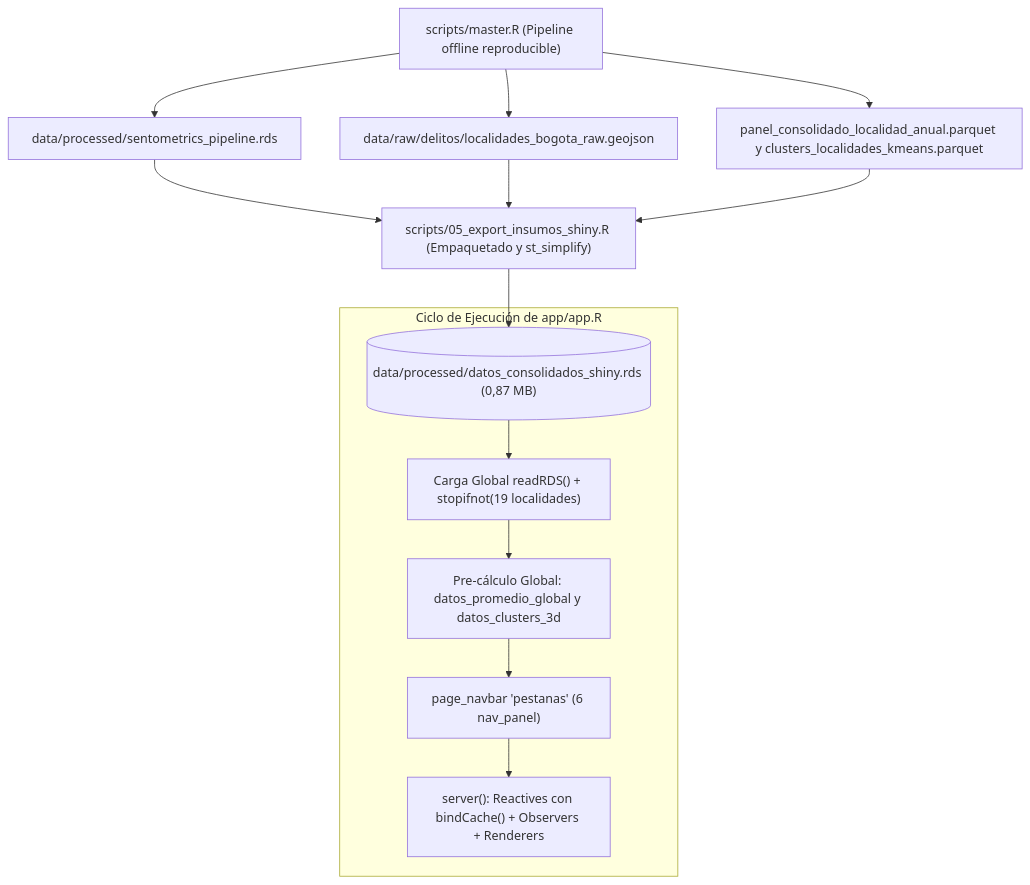
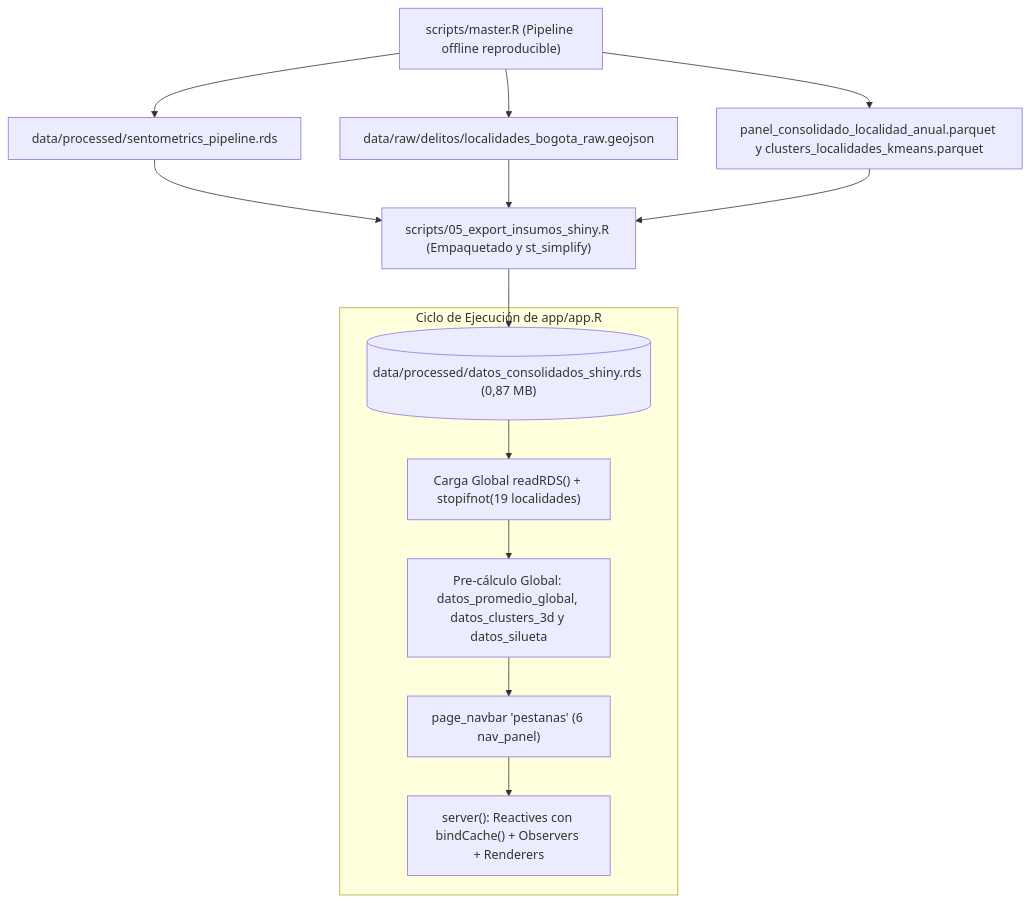
The first of 2 diagrams in output/guia_estudio/04_aplicacion_shiny/arquitectura_bogo_atrack_shiny.md (juanjo-edm/Repo_Entrega_Final_Taller_R), drawn with Mermaid before and after one commit. The commit also changed other lines of this file and 3 other files, not shown here.

````diff
--- a/output/guia_estudio/04_aplicacion_shiny/arquitectura_bogo_atrack_shiny.md
+++ b/output/guia_estudio/04_aplicacion_shiny/arquitectura_bogo_atrack_shiny.md
@@ -13,17 +13,17 @@
 ```mermaid
 flowchart TD
     M["scripts/master.R (Pipeline offline reproducible)"] --> P1["data/processed/sentometrics_pipeline.rds"]
     M --> G["data/raw/delitos/localidades_bogota_raw.geojson"]
     M --> PA["panel_consolidado_localidad_anual.parquet y clusters_localidades_kmeans.parquet"]
     P1 --> E["scripts/05_export_insumos_shiny.R (Empaquetado y st_simplify)"]
     G --> E
     PA --> E
     E --> B[("data/processed/datos_consolidados_shiny.rds (0,87 MB)")]
 
     subgraph Runtime["Ciclo de Ejecución de app/app.R"]
         B --> GL["Carga Global readRDS() + stopifnot(19 localidades)"]
-        GL --> PRE["Pre-cálculo Global: datos_promedio_global y datos_clusters_3d"]
+        GL --> PRE["Pre-cálculo Global: datos_promedio_global, datos_clusters_3d y datos_silueta"]
         PRE --> UI["page_navbar 'pestanas' (6 nav_panel)"]
         UI --> SV["server(): Reactives con bindCache() + Observers + Renderers"]
     end
 ```
````
